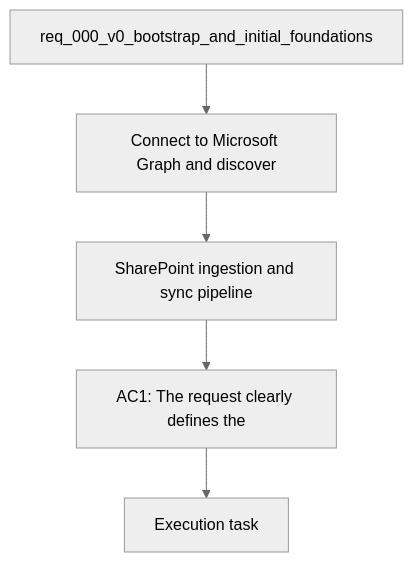
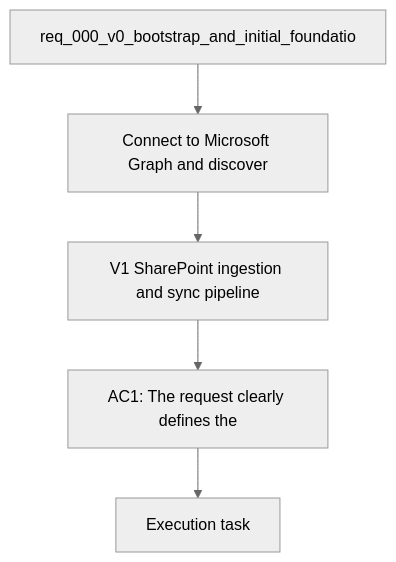
Before and after one commit to AlexAgo83/deepvault: the diagram in logics/backlog/item_001_v1_sharepoint_ingestion_and_sync_pipeline.md, drawn with Mermaid (neutral theme). The commit also changed 28 other files, not shown here.

````diff
--- a/logics/backlog/item_001_v1_sharepoint_ingestion_and_sync_pipeline.md
+++ b/logics/backlog/item_001_v1_sharepoint_ingestion_and_sync_pipeline.md
@@ -26,9 +26,9 @@
 ```mermaid
 %% logics-kind: backlog
 %% logics-signature: backlog|v1-sharepoint-ingestion-and-sync-pipelin|req-000-v0-bootstrap-and-initial-foundat|connect-to-microsoft-graph-and-discover|ac1-the-request-clearly-defines-the
 flowchart TD
-    Request[req_000_v0_bootstrap_and_initial_foundations] --> Problem[Connect to Microsoft Graph and discover]
-    Problem --> Scope[SharePoint ingestion and sync pipeline]
+    Request[req_000_v0_bootstrap_and_initial_foundatio] --> Problem[Connect to Microsoft Graph and discover]
+    Problem --> Scope[V1 SharePoint ingestion and sync pipeline]
     Scope --> Acceptance[AC1: The request clearly defines the]
     Acceptance --> Tasks[Execution task]
 ```
````
